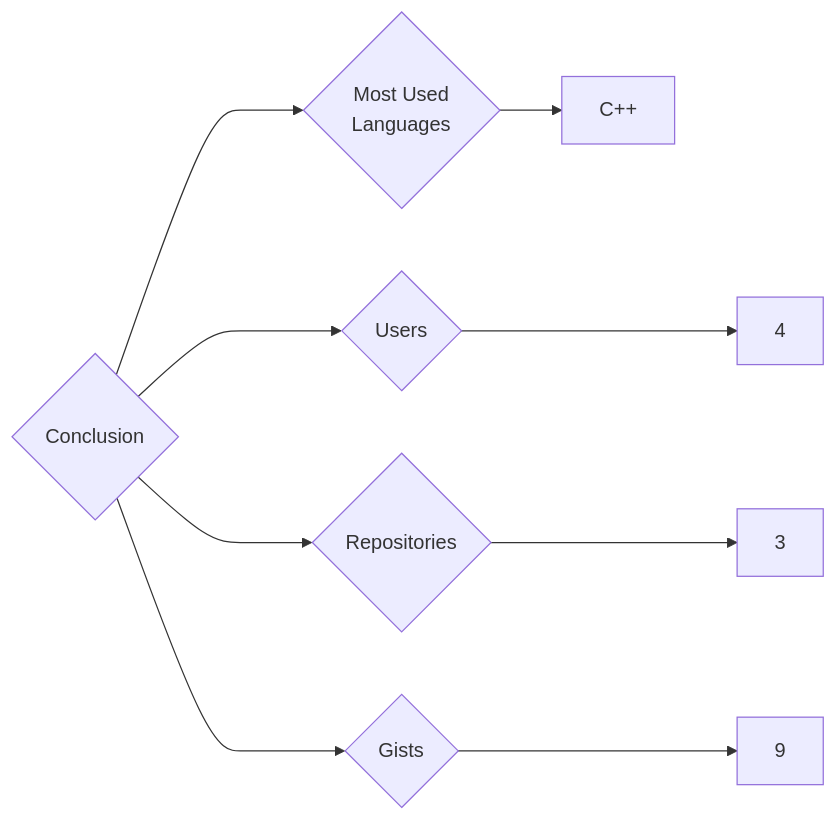
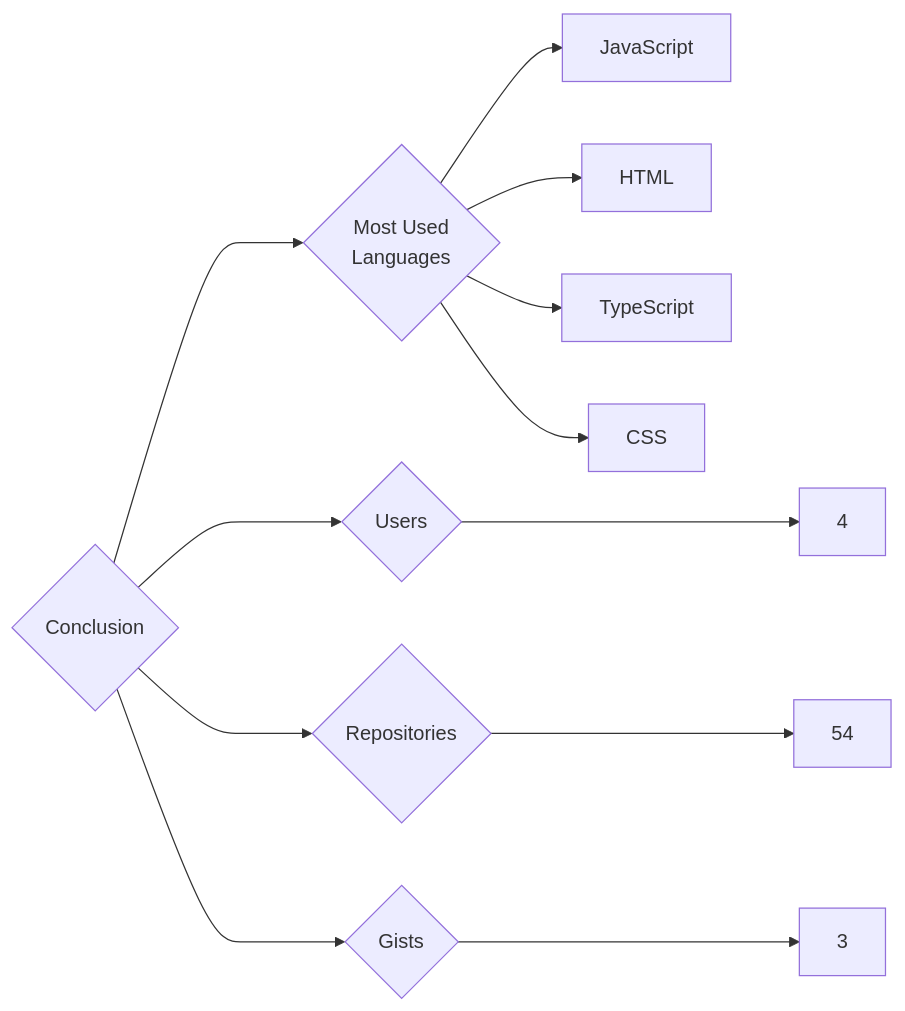
The diagram in targets/Conclusion/README.md (trickest/insiders), drawn with Mermaid before and after one commit. The commit also changed 1084 other files, not shown here.

````diff
--- a/targets/Conclusion/README.md
+++ b/targets/Conclusion/README.md
@@ -3,9 +3,12 @@
 ```mermaid
 graph LR
 COMPANY_NAME{Conclusion}
 COMPANY_NAME ---> U{Users} ---> UN[4]
-COMPANY_NAME ---> R{Repositories} ---> RN[3]
-COMPANY_NAME ---> G{Gists} ---> GN[9]
+COMPANY_NAME ---> R{Repositories} ---> RN[54]
+COMPANY_NAME ---> G{Gists} ---> GN[3]
 COMPANY_NAME ---> ML{Most Used<br>Languages}
-ML --> C++[C++]
+ML --> JavaScript[JavaScript]
+ML --> HTML[HTML]
+ML --> TypeScript[TypeScript]
+ML --> CSS[CSS]
 ```
````
